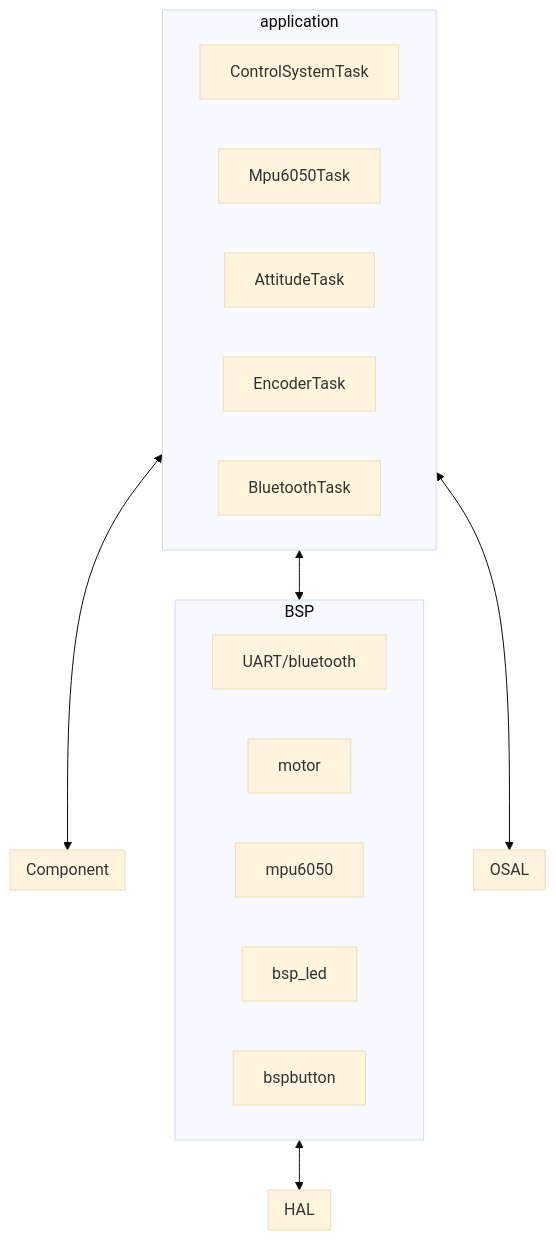
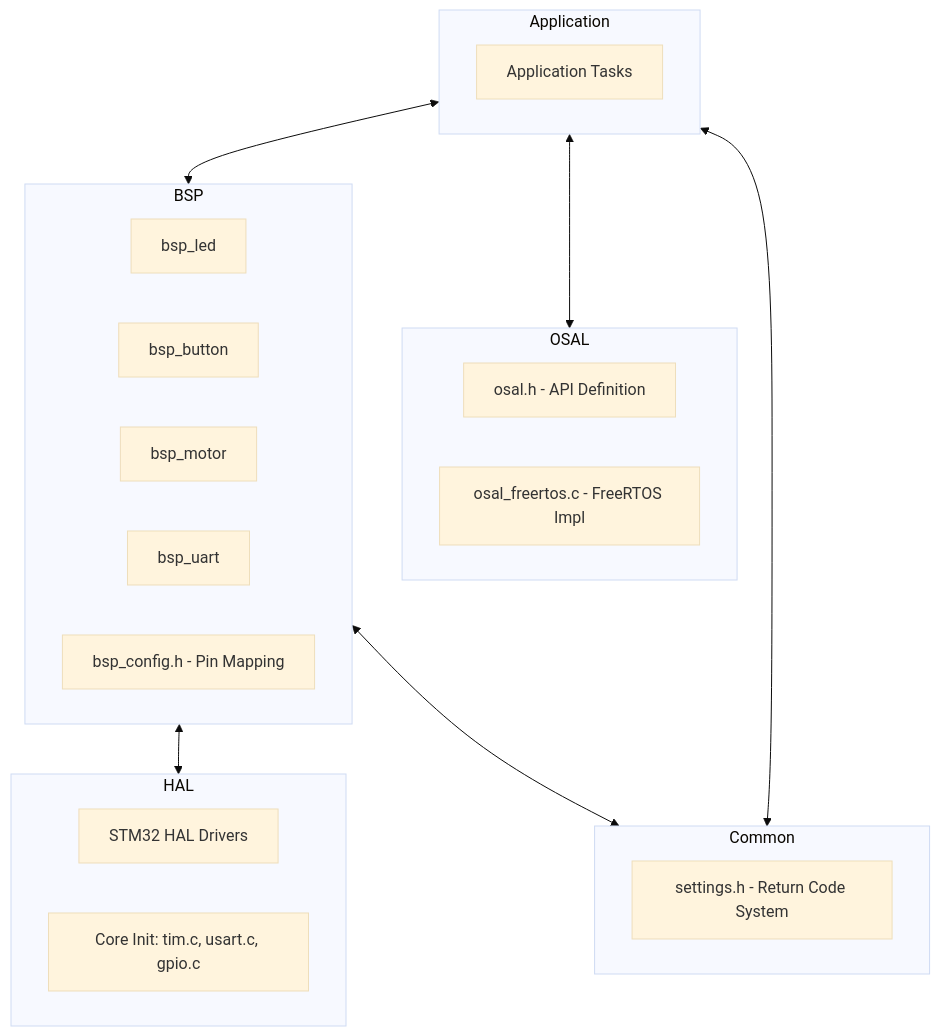
The first of 3 diagrams in docs/ARCHITECTURE.md (2005sam/blanceCar), drawn with Mermaid (base theme) before and after one commit. The commit also changed other lines of this file and 1 other file, not shown here.

First line of the commit message:
docs: update README with detailed project structure, configuration, and pin mapping

````diff
--- a/docs/ARCHITECTURE.md
+++ b/docs/ARCHITECTURE.md
@@ -10,27 +10,29 @@
 ```mermaid
 graph TD
-	subgraph application
-	ControlSystemTask
-	Mpu6050Task
-	AttitudeTask
-	EncoderTask
-	BluetoothTask
+	subgraph Application
+		AppTask[Application Tasks]
 	end
 	subgraph OSAL
+		osal_h[osal.h - API Definition]
+		osal_freertos[osal_freertos.c - FreeRTOS Impl]
 	end
 	subgraph BSP
-		UART/bluetooth
-		motor
-		mpu6050
-		bsp_led
-		bspbutton
+		bsp_led[bsp_led]
+		bsp_button[bsp_button]
+		bsp_motor[bsp_motor]
+		bsp_uart[bsp_uart]
+		bsp_config[bsp_config.h - Pin Mapping]
 	end
-	subgraph Component
+	subgraph Common
+		settings[settings.h - Return Code System]
 	end
 	subgraph HAL
+		hal_drivers[STM32 HAL Drivers]
+		hal_core[Core Init: tim.c, usart.c, gpio.c]
 	end
-	application <--> Component
-	application <--> BSP
-	application <-->OSAL
+	Application <--> BSP
+	Application <--> OSAL
+	Application <--> Common
 	BSP <--> HAL
+	BSP <--> Common
 ```
````
